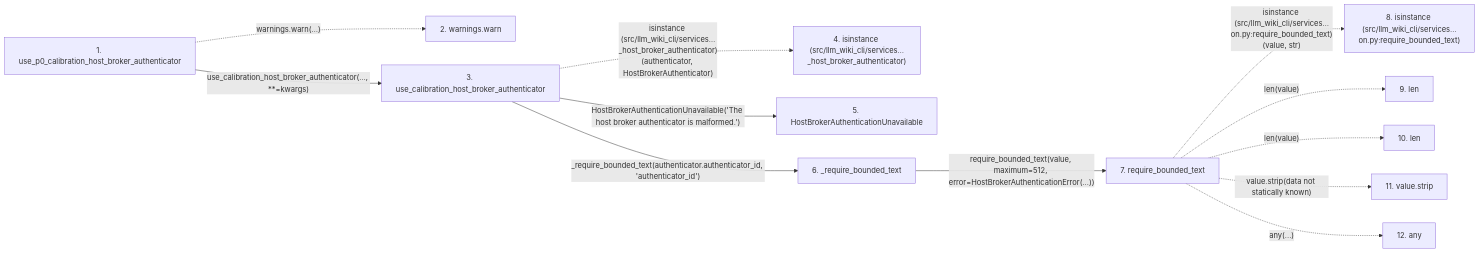
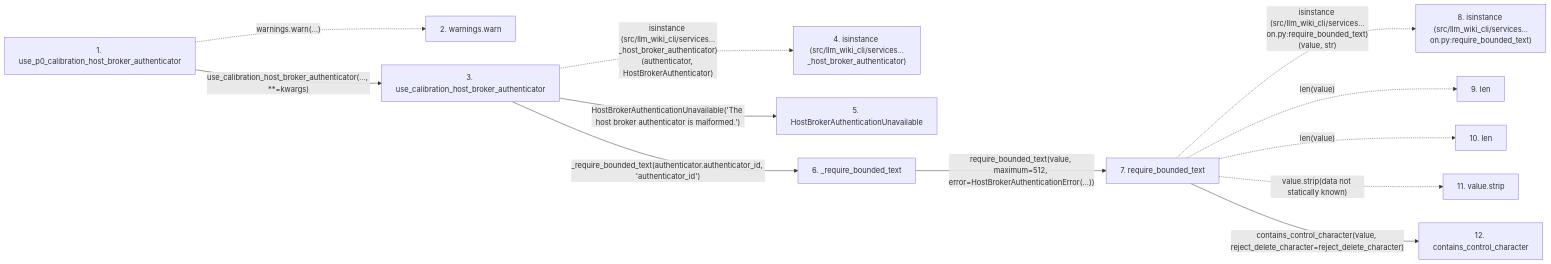
One commit to Denissvgn/python-wiki-llm changed the second of 2 diagrams in docs/llm_wiki/flows/api-use_p0_calibration_host_broker_authenticator.md. Above: the diagram before and after it, drawn with Mermaid. The commit also changed other lines of this file and 865 other files, not shown here.

````diff
--- a/docs/llm_wiki/flows/api-use_p0_calibration_host_broker_authenticator.md
+++ b/docs/llm_wiki/flows/api-use_p0_calibration_host_broker_authenticator.md
@@ -48,31 +47,32 @@
 ```mermaid
 flowchart LR
     s1["1. use_p0_calibration_host_broker_authenticator"]
     s2["2. warnings.warn"]
     s3["3. use_calibration_host_broker_authenticator"]
     s4["4. isinstance (src/llm_wiki_cli/services…_host_broker_authenticator)"]
     s5["5. HostBrokerAuthenticationUnavailable"]
     s6["6. _require_bounded_text"]
     s7["7. require_bounded_text"]
     s8["8. isinstance (src/llm_wiki_cli/services…on.py:require_bounded_text)"]
     s9["9. len"]
     s10["10. len"]
     s11["11. value.strip"]
-    s12["12. any"]
+    s12["12. contains_control_character"]
     s1 -. "warnings.warn(…)" .-> s2
     s1 -->|"use_calibration_host_broker_authenticator(..., **=kwargs)"| s3
     s3 -. "isinstance (src/llm_wiki_cli/services…_host_broker_authenticator)(authenticator, HostBrokerAuthenticator)" .-> s4
     s3 -->|"HostBrokerAuthenticationUnavailable('The host broker authenticator is malformed.')"| s5
     s3 -->|"_require_bounded_text(authenticator.authenticator_id, 'authenticator_id')"| s6
     s6 -->|"require_bounded_text(value, maximum=512, error=HostBrokerAuthenticationError(...))"| s7
     s7 -. "isinstance (src/llm_wiki_cli/services…on.py:require_bounded_text)(value, str)" .-> s8
     s7 -. "len(value)" .-> s9
     s7 -. "len(value)" .-> s10
     s7 -. "value.strip(data not statically known)" .-> s11
-    s7 -. "any(...)" .-> s12
+    s7 -->|"contains_control_character(value, reject_delete_character=reject_delete_character)"| s12
     click s1 "../modules/host_broker.md"
     click s3 "../modules/host_broker.md"
     click s5 "../modules/host_broker.md"
     click s6 "../modules/host_broker.md"
     click s7 "../modules/validation.md"
+    click s12 "../modules/validation.md"
 ```
````
